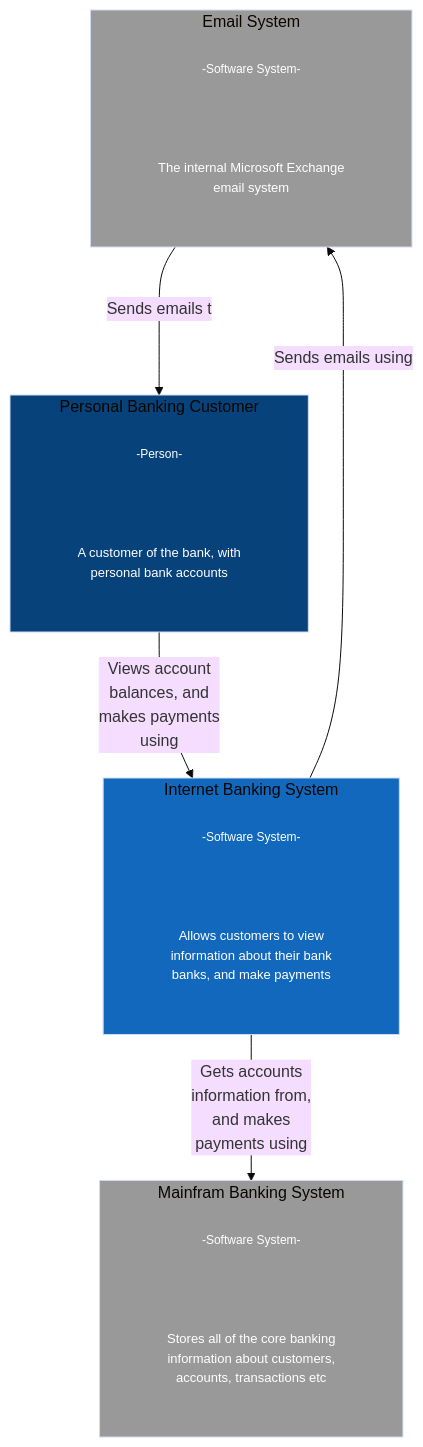
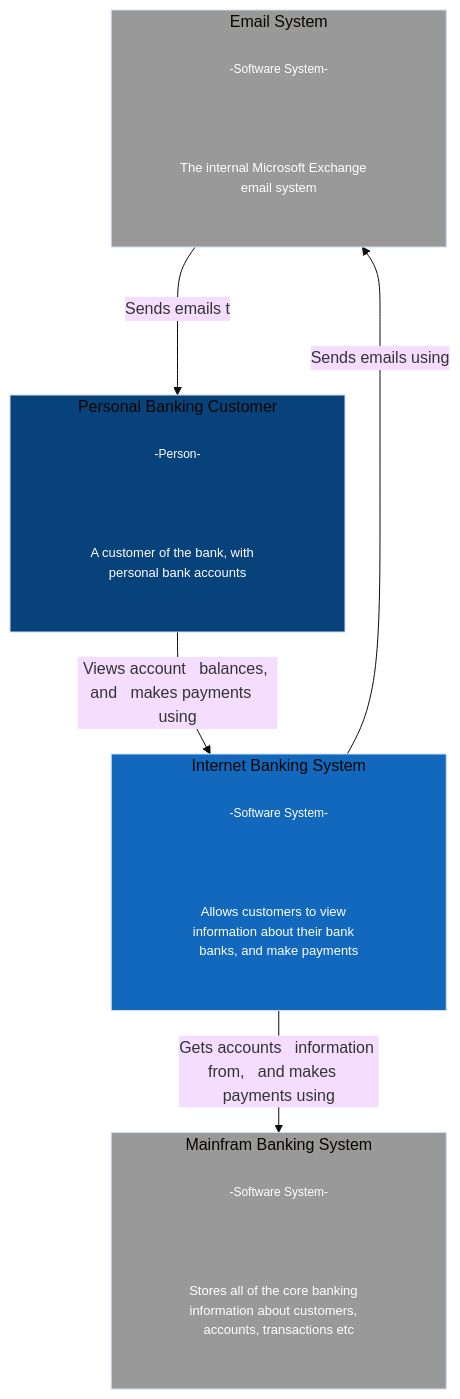
Diagram 11 of 17 in README.MD (MaximilianoRodrigoSoria/mermaid-examples), drawn with Mermaid (base theme) before and after one commit. The commit also changed other lines of this file, not shown here.

````diff
--- a/README.MD
+++ b/README.MD
@@ -127,41 +127,41 @@
 ```mermaid
 flowchart TB
 
     subgraph personalBankingCustomer[Personal Banking Customer]
         h1[-Person-]:::type
-        d1[A customer of the bank, with \n personal bank accounts]:::description
+        d1[A customer of the bank, with   personal bank accounts]:::description
     end
     personalBankingCustomer:::person
 
     subgraph internetBankingSystem[Internet Banking System]
         h2[-Software System-]:::type
-        d2[Allows customers to view \n information about their bank \n banks, and make payments]:::description
+        d2[Allows customers to view   information about their bank   banks, and make payments]:::description
     end
     internetBankingSystem:::internalSystem
 
     subgraph mainframeBankingSystem[Mainfram Banking System]
         h3[-Software System-]:::type
-        d3[Stores all of the core banking \n information about customers, \n accounts, transactions etc]:::description
+        d3[Stores all of the core banking   information about customers,   accounts, transactions etc]:::description
     end
     mainframeBankingSystem:::externalSystem
 
     subgraph emailSystem[Email System]
         h4[-Software System-]:::type
-        d4[The internal Microsoft Exchange \n email system]:::description
+        d4[The internal Microsoft Exchange   email system]:::description
     end
     emailSystem:::externalSystem
 
-    personalBankingCustomer--Views account \n balances, and \n makes payments \n using-->internetBankingSystem
-    internetBankingSystem--Gets accounts \n information from, \n and makes \n payments using-->mainframeBankingSystem
+    personalBankingCustomer--Views account   balances, and   makes payments   using-->internetBankingSystem
+    internetBankingSystem--Gets accounts   information from,   and makes   payments using-->mainframeBankingSystem
     internetBankingSystem--Sends emails using--> emailSystem
     emailSystem--Sends emails to-->personalBankingCustomer
 
 %% Element type definitions
 
     classDef person fill:#08427b
     classDef internalSystem fill:#1168bd
     classDef externalSystem fill:#999999
 
     classDef type stroke-width:0px, color:#fff, fill:transparent, font-size:12px
     classDef description stroke-width:0px, color:#fff, fill:transparent, font-size:13px
 ```
````
